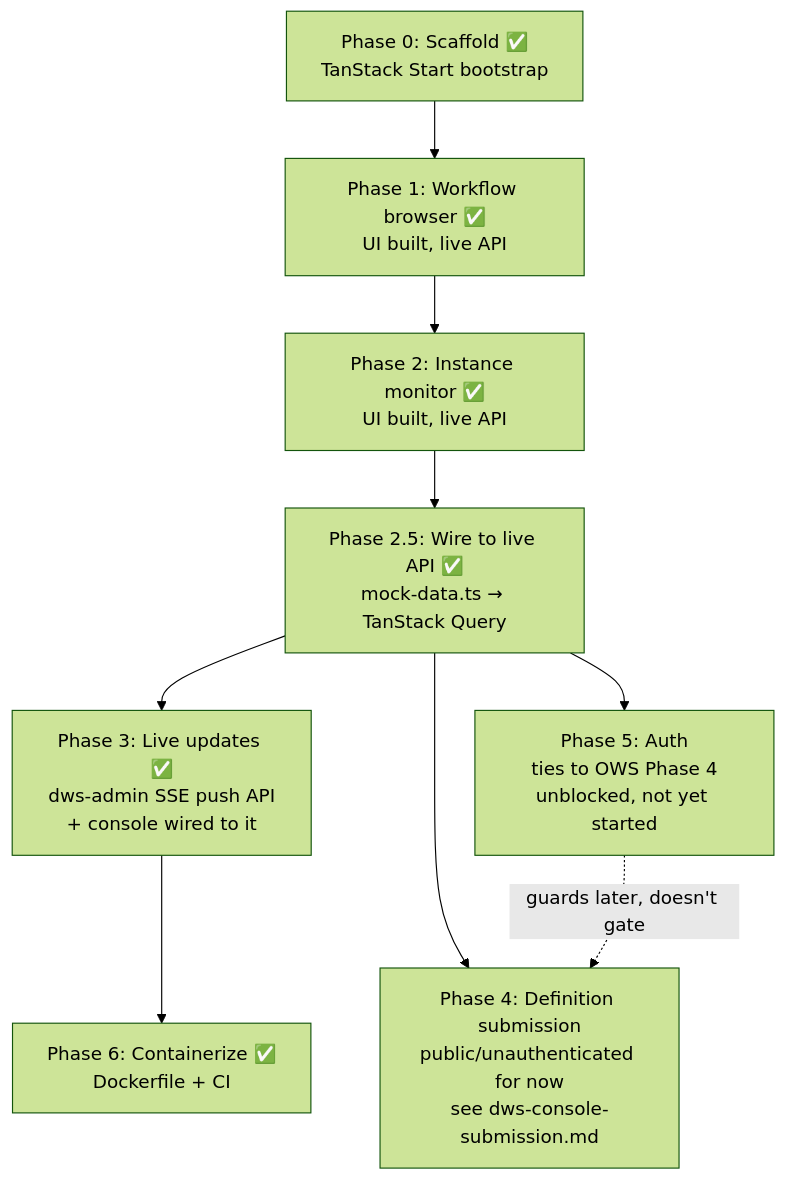
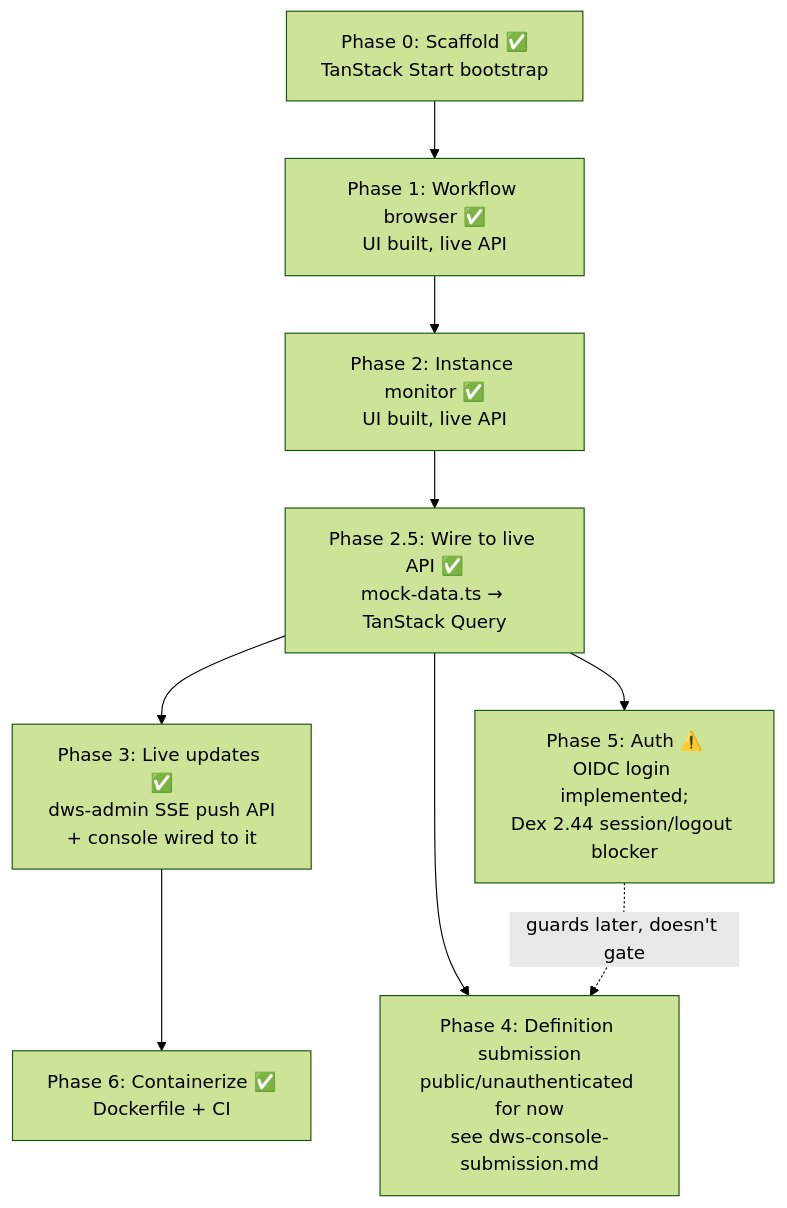
Before and after one commit to tonylibs/dapr-workflow-spec: the diagram in docs/roadmaps/dws-console.md, drawn with Mermaid (forest theme). The commit also changed other lines of this file and 7 other files, not shown here.

Commit message:
fix: record live dex phase 1 validation

````diff
--- a/docs/roadmaps/dws-console.md
+++ b/docs/roadmaps/dws-console.md
@@ -34,11 +34,11 @@
 ```mermaid
 flowchart TD
   P0["Phase 0: Scaffold ✅<br/>TanStack Start bootstrap"] --> P1["Phase 1: Workflow browser ✅<br/>UI built, live API"]
   P1 --> P2["Phase 2: Instance monitor ✅<br/>UI built, live API"]
   P2 --> P25["Phase 2.5: Wire to live API ✅<br/>mock-data.ts → TanStack Query"]
   P25 --> P3["Phase 3: Live updates ✅<br/>dws-admin SSE push API<br/>+ console wired to it"]
   P25 --> P4["Phase 4: Definition submission<br/>public/unauthenticated for now<br/>see dws-console-submission.md"]
-  P25 --> P5["Phase 5: Auth<br/>ties to OWS Phase 4<br/>unblocked, not yet started"]
+  P25 --> P5["Phase 5: Auth ⚠️<br/>OIDC login implemented;<br/>Dex 2.44 session/logout blocker"]
   P3 --> P6["Phase 6: Containerize ✅<br/>Dockerfile + CI"]
   P5 -.guards later, doesn't gate.-> P4
 ```
````
